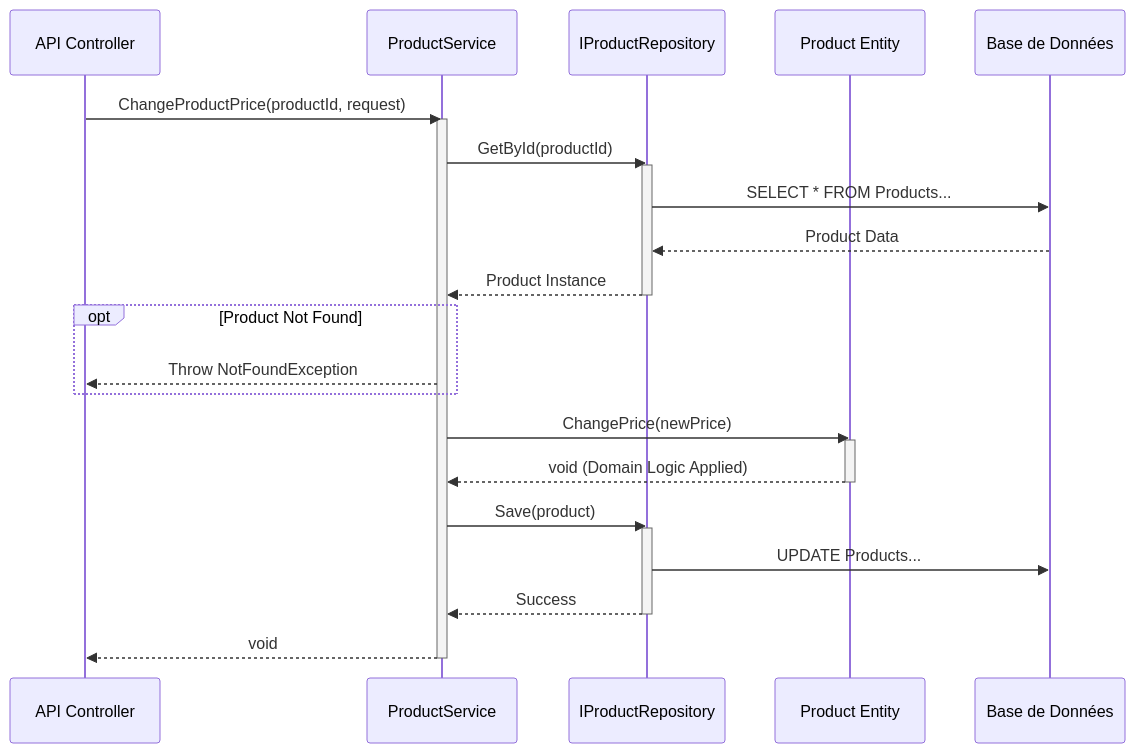
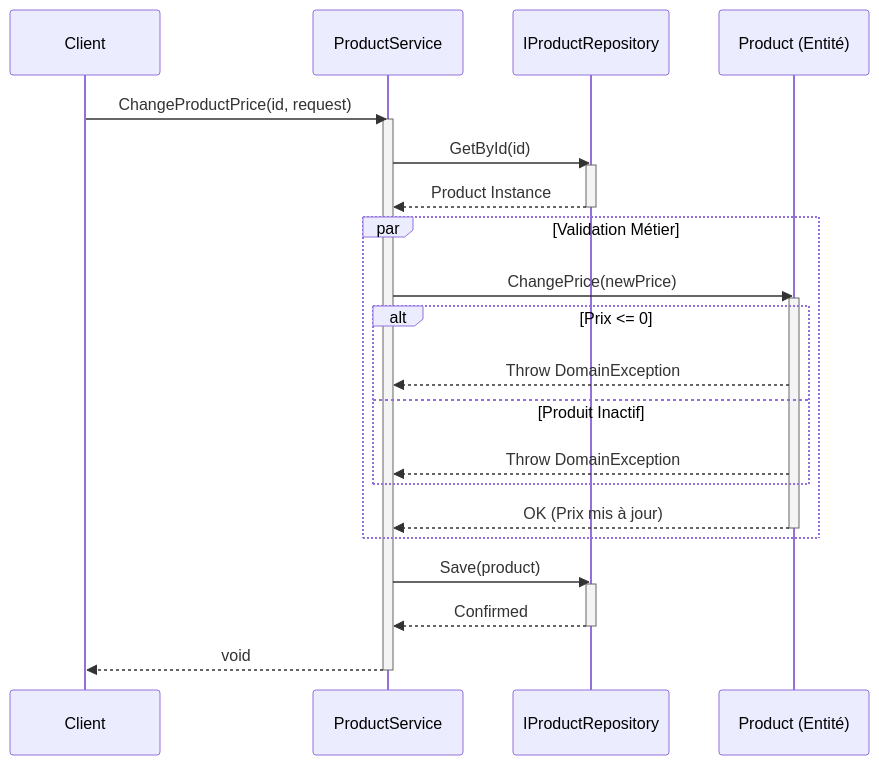
The second of 2 diagrams in docs/Documentation_Technique.md (TAKARROUHT-Hamza/3il_AdvencedDev_C-), drawn with Mermaid before and after one commit. The commit also changed other lines of this file and 1 other file, not shown here.

````diff
--- a/docs/Documentation_Technique.md
+++ b/docs/Documentation_Technique.md
@@ -78,36 +88,35 @@
 ```mermaid
 sequenceDiagram
-    participant Ctrl as API Controller
+    participant Client
     participant Svc as ProductService
     participant Repo as IProductRepository
-    participant Entity as Product Entity
-    participant DB as Base de Données
+    participant Prod as Product (Entité)
 
-    Ctrl->>Svc: ChangeProductPrice(productId, request)
+    Client->>Svc: ChangeProductPrice(id, request)
     activate Svc
 
-    Svc->>Repo: GetById(productId)
+    Svc->>Repo: GetById(id)
     activate Repo
-    Repo->>DB: SELECT * FROM Products...
-    DB-->>Repo: Product Data
     Repo-->>Svc: Product Instance
     deactivate Repo
 
-    opt Product Not Found
-        Svc-->>Ctrl: Throw NotFoundException
+    par Validation Métier
+        Svc->>Prod: ChangePrice(newPrice)
+        activate Prod
+        alt Prix <= 0
+            Prod-->>Svc: Throw DomainException
+        else Produit Inactif
+            Prod-->>Svc: Throw DomainException
+        end
+        Prod-->>Svc: OK (Prix mis à jour)
+        deactivate Prod
     end
-
-    Svc->>Entity: ChangePrice(newPrice)
-    activate Entity
-    Entity-->>Svc: void (Domain Logic Applied)
-    deactivate Entity
 
     Svc->>Repo: Save(product)
     activate Repo
-    Repo->>DB: UPDATE Products...
-    Repo-->>Svc: Success
+    Repo-->>Svc: Confirmed
     deactivate Repo
 
-    Svc-->>Ctrl: void
+    Svc-->>Client: void
     deactivate Svc
 ```
````
